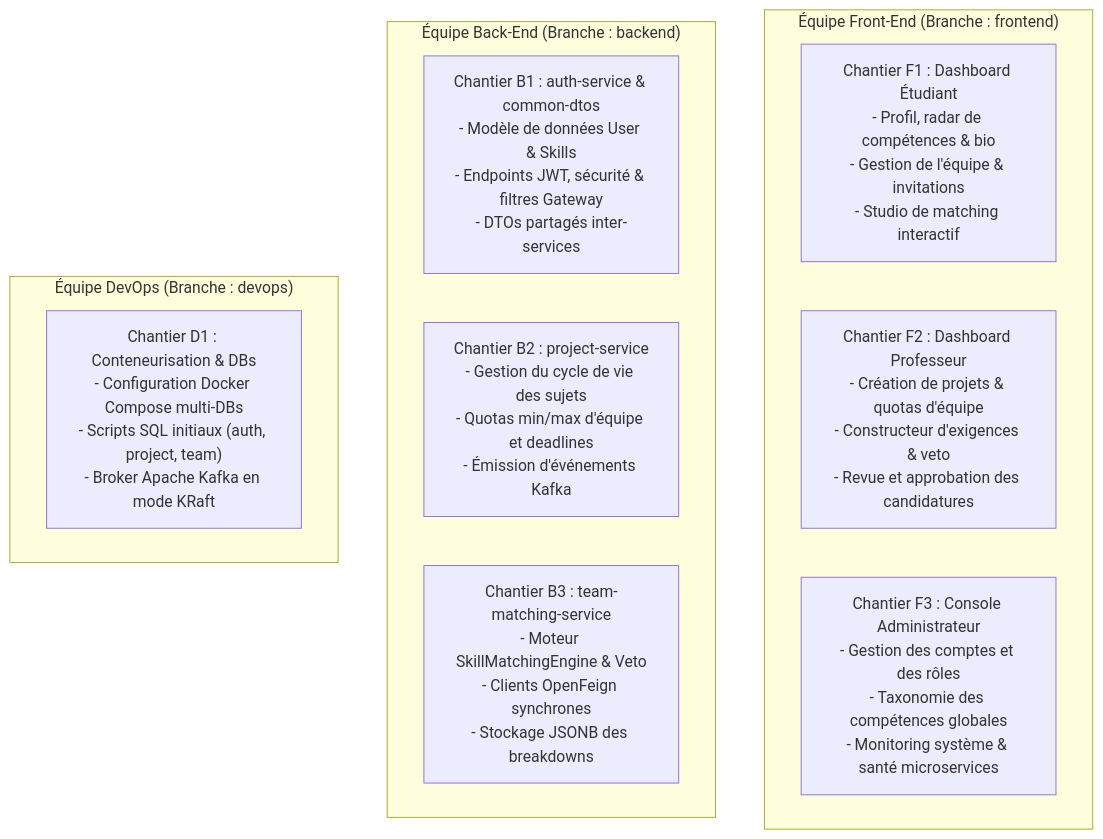
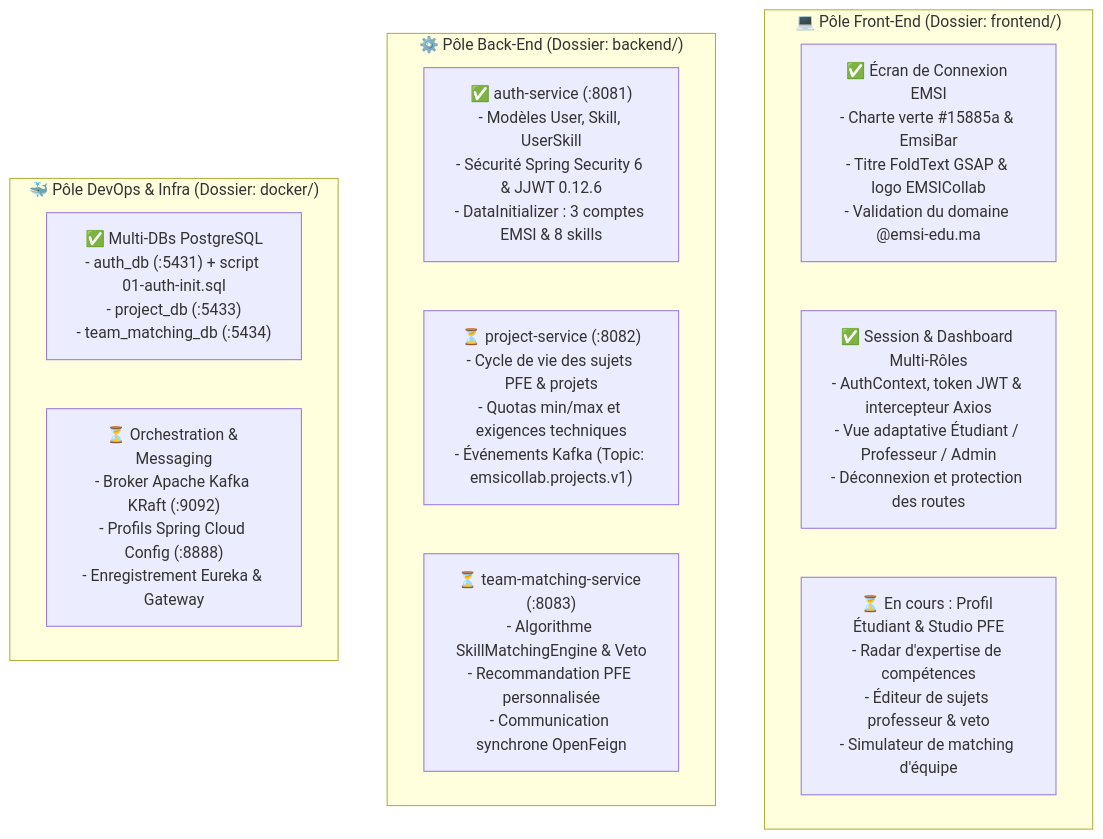
Before and after one commit to Arhrid-Hamza/SmartCollab: the eighth of 8 diagrams in README.md, drawn with Mermaid. The commit also changed other lines of this file and 4 other files, not shown here.

Commit message:
docs: update project branding to EMSICollab, align demo credentials and consolidate monorepo on main

````diff
--- a/README.md
+++ b/README.md
@@ -783,18 +800,19 @@
 ```mermaid
 flowchart TD
-    subgraph Collab_Front["Équipe Front-End (Branche : frontend)"]
-        F1["Chantier F1 : Dashboard Étudiant\n- Profil, radar de compétences & bio\n- Gestion de l'équipe & invitations\n- Studio de matching interactif"]
-        F2["Chantier F2 : Dashboard Professeur\n- Création de projets & quotas d'équipe\n- Constructeur d'exigences & veto\n- Revue et approbation des candidatures"]
-        F3["Chantier F3 : Console Administrateur\n- Gestion des comptes et des rôles\n- Taxonomie des compétences globales\n- Monitoring système & santé microservices"]
+    subgraph Pôle_Front["💻 Pôle Front-End (Dossier: frontend/)"]
+        F1["✅ Écran de Connexion EMSI\n- Charte verte #15885a & EmsiBar\n- Titre FoldText GSAP & logo EMSICollab\n- Validation du domaine @emsi-edu.ma"]
+        F2["✅ Session & Dashboard Multi-Rôles\n- AuthContext, token JWT & intercepteur Axios\n- Vue adaptative Étudiant / Professeur / Admin\n- Déconnexion et protection des routes"]
+        F3["⏳ En cours : Profil Étudiant & Studio PFE\n- Radar d'expertise de compétences\n- Éditeur de sujets professeur & veto\n- Simulateur de matching d'équipe"]
     end
 
-    subgraph Collab_Back["Équipe Back-End (Branche : backend)"]
-        B1["Chantier B1 : auth-service & common-dtos\n- Modèle de données User & Skills\n- Endpoints JWT, sécurité & filtres Gateway\n- DTOs partagés inter-services"]
-        B2["Chantier B2 : project-service\n- Gestion du cycle de vie des sujets\n- Quotas min/max d'équipe et deadlines\n- Émission d'événements Kafka"]
-        B3["Chantier B3 : team-matching-service\n- Moteur SkillMatchingEngine & Veto\n- Clients OpenFeign synchrones\n- Stockage JSONB des breakdowns"]
+    subgraph Pôle_Back["⚙️ Pôle Back-End (Dossier: backend/)"]
+        B1["✅ auth-service (:8081)\n- Modèles User, Skill, UserSkill\n- Sécurité Spring Security 6 & JJWT 0.12.6\n- DataInitializer : 3 comptes EMSI & 8 skills"]
+        B2["⏳ project-service (:8082)\n- Cycle de vie des sujets PFE & projets\n- Quotas min/max et exigences techniques\n- Événements Kafka (Topic: emsicollab.projects.v1)"]
+        B3["⏳ team-matching-service (:8083)\n- Algorithme SkillMatchingEngine & Veto\n- Recommandation PFE personnalisée\n- Communication synchrone OpenFeign"]
     end
 
-    subgraph Collab_DevOps["Équipe DevOps (Branche : devops)"]
-        D1["Chantier D1 : Conteneurisation & DBs\n- Configuration Docker Compose multi-DBs\n- Scripts SQL initiaux (auth, project, team)\n- Broker Apache Kafka en mode KRaft"]
+    subgraph Pôle_DevOps["🐳 Pôle DevOps & Infra (Dossier: docker/)"]
+        D1["✅ Multi-DBs PostgreSQL\n- auth_db (:5431) + script 01-auth-init.sql\n- project_db (:5433)\n- team_matching_db (:5434)"]
+        D2["⏳ Orchestration & Messaging\n- Broker Apache Kafka KRaft (:9092)\n- Profils Spring Cloud Config (:8888)\n- Enregistrement Eureka & Gateway"]
     end
 ```
````
